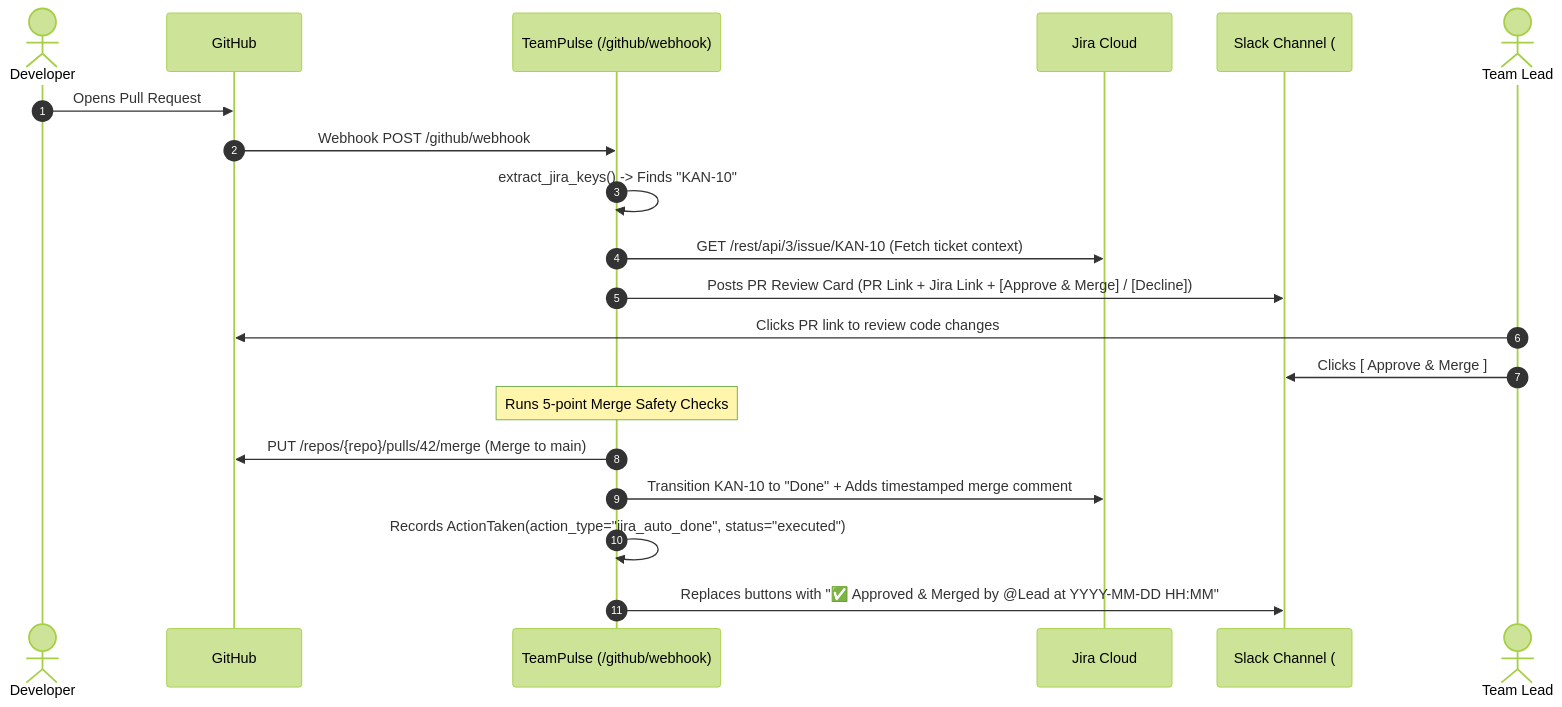
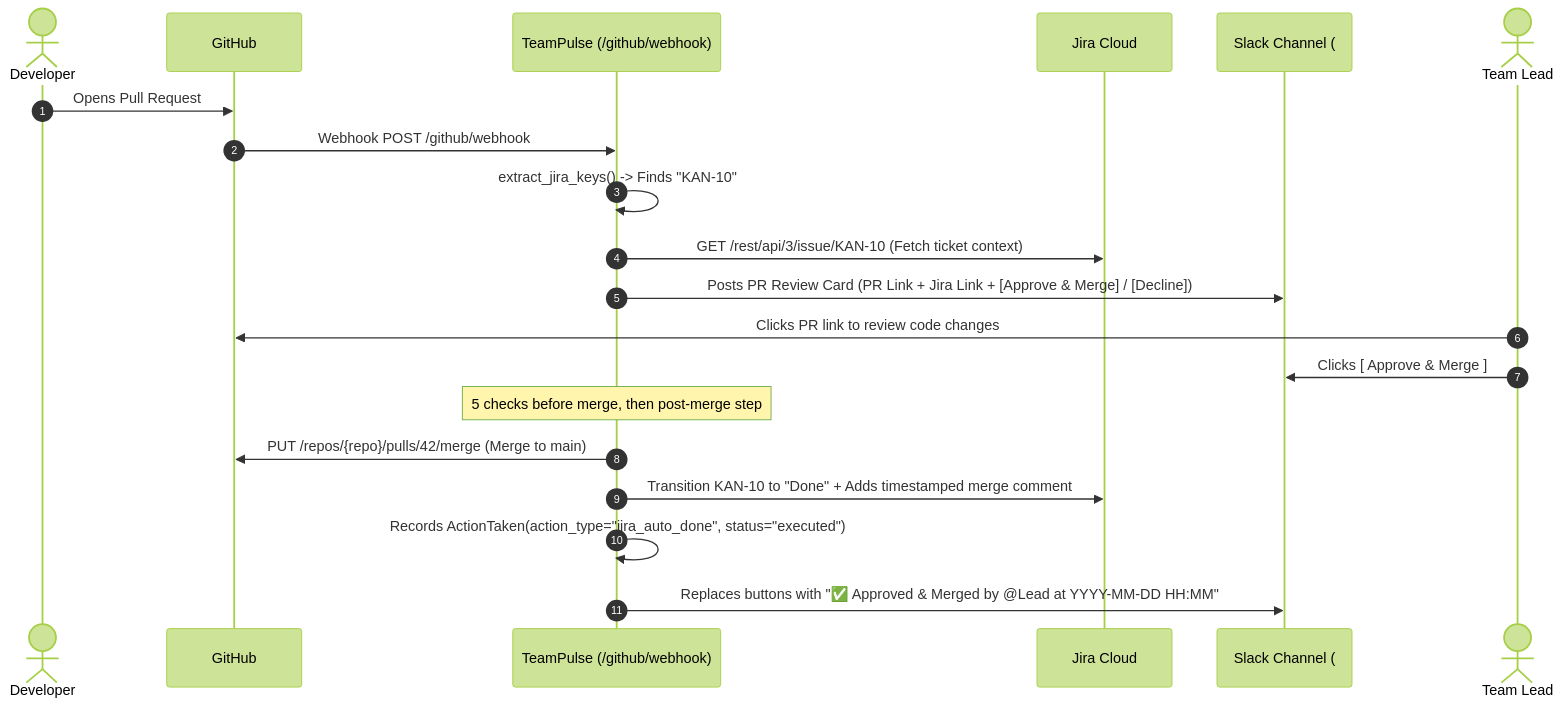
The fifth of 8 diagrams in PROJECT_ARCHITECTURE_AND_FLOW.md (mnithinn24/teampulse-ai-ops-agent), drawn with Mermaid (forest theme) before and after one commit. The commit also changed other lines of this file and 1 other file, not shown here.

Commit message:
docs: sync README and architecture with code

````diff
--- a/PROJECT_ARCHITECTURE_AND_FLOW.md
+++ b/PROJECT_ARCHITECTURE_AND_FLOW.md
@@ -238,23 +238,23 @@
 ```mermaid
 sequenceDiagram
     autonumber
     actor Dev as Developer
     participant Git as GitHub
     participant TP as TeamPulse (/github/webhook)
     participant Jira as Jira Cloud
     participant Slack as Slack Channel (#teampulse)
     actor Lead as Team Lead
 
     Dev->>Git: Opens Pull Request #42 ("[KAN-10] Implement RAG pipeline")
     Git->>TP: Webhook POST /github/webhook
     TP->>TP: extract_jira_keys() -> Finds "KAN-10"
     TP->>Jira: GET /rest/api/3/issue/KAN-10 (Fetch ticket context)
     TP->>Slack: Posts PR Review Card (PR Link + Jira Link + [Approve & Merge] / [Decline])
     Lead->>Git: Clicks PR link to review code changes
     Lead->>Slack: Clicks [ Approve & Merge ]
-    Note over TP: Runs 5-point Merge Safety Checks
+    Note over TP: 5 checks before merge, then post-merge step
     TP->>Git: PUT /repos/{repo}/pulls/42/merge (Merge to main)
     TP->>Jira: Transition KAN-10 to "Done" + Adds timestamped merge comment
     TP->>TP: Records ActionTaken(action_type="jira_auto_done", status="executed")
     TP->>Slack: Replaces buttons with "✅ Approved & Merged by @Lead at YYYY-MM-DD HH:MM"
 ```
````
